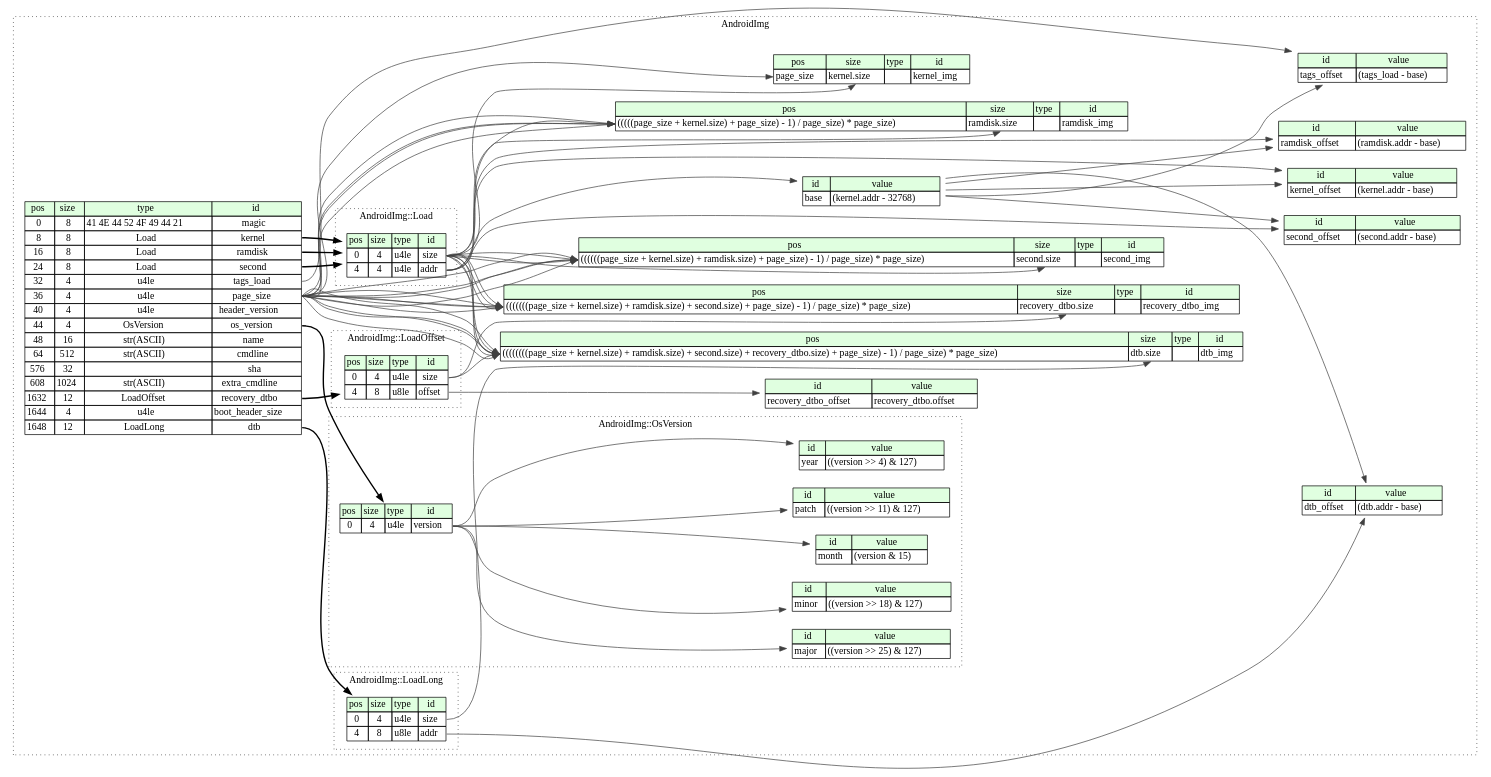
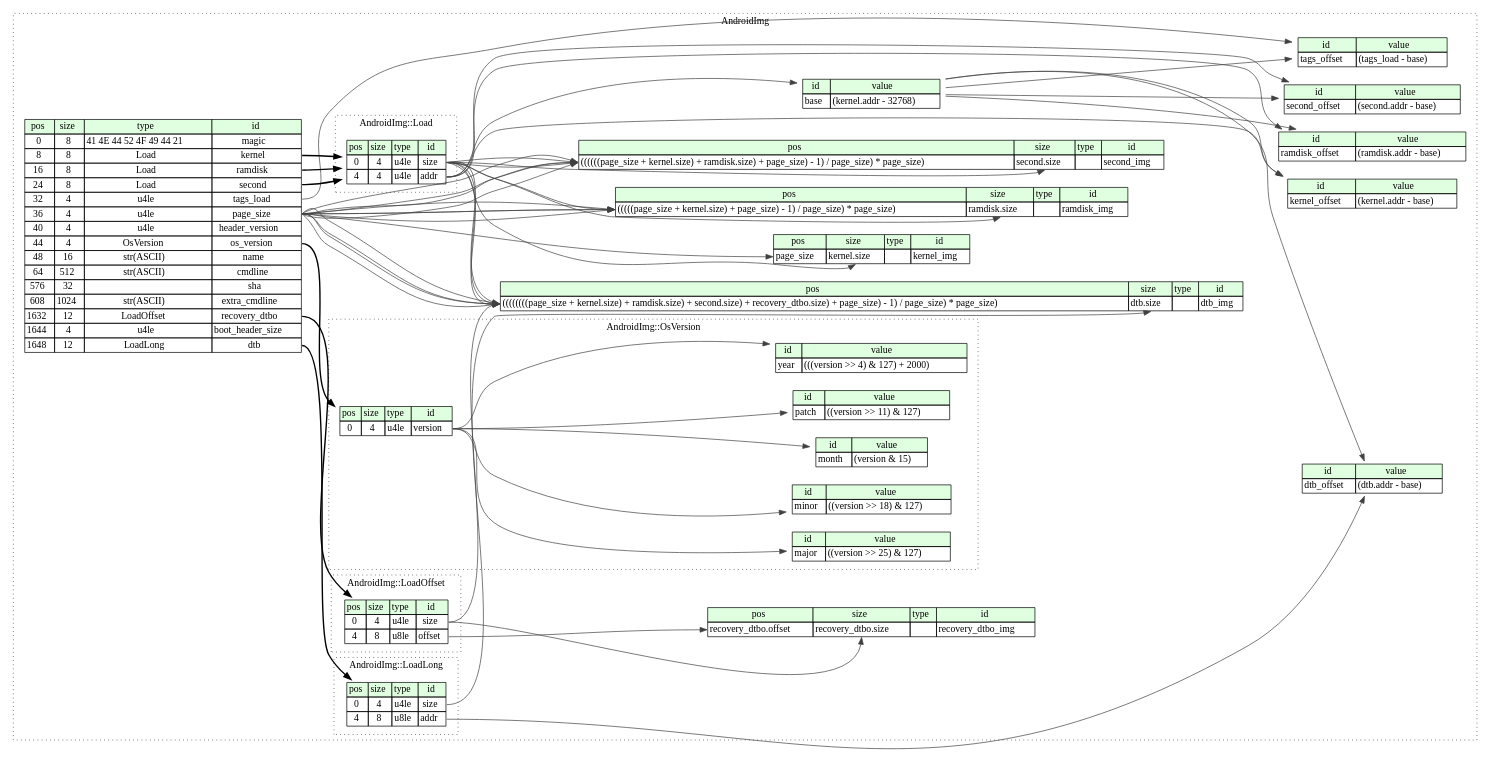
The diagram in android_img.dot (CruelKernel/bootimg), drawn with Graphviz before and after one commit. The commit also changed 2 other files, not shown here.

Commit message:
recovery_dtbo and year fix

```diff
--- a/android_img.dot
+++ b/android_img.dot
@@ -57,15 +57,11 @@
 		</TABLE>>];
 		android_img__inst__recovery_dtbo_img [label=<<TABLE BORDER="0" CELLBORDER="1" CELLSPACING="0">
 			<TR><TD BGCOLOR="#E0FFE0">pos</TD><TD BGCOLOR="#E0FFE0">size</TD><TD BGCOLOR="#E0FFE0">type</TD><TD BGCOLOR="#E0FFE0">id</TD></TR>
-			<TR><TD PORT="recovery_dtbo_img_pos">(((((((page_size + kernel.size) + ramdisk.size) + second.size) + page_size) - 1) / page_size) * page_size)</TD><TD PORT="recovery_dtbo_img_size">recovery_dtbo.size</TD><TD></TD><TD PORT="recovery_dtbo_img_type">recovery_dtbo_img</TD></TR>
+			<TR><TD PORT="recovery_dtbo_img_pos">recovery_dtbo.offset</TD><TD PORT="recovery_dtbo_img_size">recovery_dtbo.size</TD><TD></TD><TD PORT="recovery_dtbo_img_type">recovery_dtbo_img</TD></TR>
 		</TABLE>>];
 		android_img__inst__second_img [label=<<TABLE BORDER="0" CELLBORDER="1" CELLSPACING="0">
 			<TR><TD BGCOLOR="#E0FFE0">pos</TD><TD BGCOLOR="#E0FFE0">size</TD><TD BGCOLOR="#E0FFE0">type</TD><TD BGCOLOR="#E0FFE0">id</TD></TR>
 			<TR><TD PORT="second_img_pos">((((((page_size + kernel.size) + ramdisk.size) + page_size) - 1) / page_size) * page_size)</TD><TD PORT="second_img_size">second.size</TD><TD></TD><TD PORT="second_img_type">second_img</TD></TR>
-		</TABLE>>];
-		android_img__inst__recovery_dtbo_offset [label=<<TABLE BORDER="0" CELLBORDER="1" CELLSPACING="0">
-			<TR><TD BGCOLOR="#E0FFE0">id</TD><TD BGCOLOR="#E0FFE0">value</TD></TR>
-			<TR><TD>recovery_dtbo_offset</TD><TD>recovery_dtbo.offset</TD></TR>
 		</TABLE>>];
 		android_img__inst__base [label=<<TABLE BORDER="0" CELLBORDER="1" CELLSPACING="0">
 			<TR><TD BGCOLOR="#E0FFE0">id</TD><TD BGCOLOR="#E0FFE0">value</TD></TR>
@@ -119,7 +115,7 @@
 			</TABLE>>];
 			os_version__inst__year [label=<<TABLE BORDER="0" CELLBORDER="1" CELLSPACING="0">
 				<TR><TD BGCOLOR="#E0FFE0">id</TD><TD BGCOLOR="#E0FFE0">value</TD></TR>
-				<TR><TD>year</TD><TD>((version &gt;&gt; 4) &amp; 127)</TD></TR>
+				<TR><TD>year</TD><TD>(((version &gt;&gt; 4) &amp; 127) + 2000)</TD></TR>
 			</TABLE>>];
 			os_version__inst__major [label=<<TABLE BORDER="0" CELLBORDER="1" CELLSPACING="0">
 				<TR><TD BGCOLOR="#E0FFE0">id</TD><TD BGCOLOR="#E0FFE0">value</TD></TR>
@@ -164,13 +160,7 @@
 	android_img__seq:page_size_type -> android_img__inst__ramdisk_img:ramdisk_img_pos [color="#404040"];
 	android_img__seq:page_size_type -> android_img__inst__ramdisk_img:ramdisk_img_pos [color="#404040"];
 	load__seq:size_type -> android_img__inst__ramdisk_img:ramdisk_img_size [color="#404040"];
-	android_img__seq:page_size_type -> android_img__inst__recovery_dtbo_img:recovery_dtbo_img_pos [color="#404040"];
-	load__seq:size_type -> android_img__inst__recovery_dtbo_img:recovery_dtbo_img_pos [color="#404040"];
-	load__seq:size_type -> android_img__inst__recovery_dtbo_img:recovery_dtbo_img_pos [color="#404040"];
-	load__seq:size_type -> android_img__inst__recovery_dtbo_img:recovery_dtbo_img_pos [color="#404040"];
-	android_img__seq:page_size_type -> android_img__inst__recovery_dtbo_img:recovery_dtbo_img_pos [color="#404040"];
-	android_img__seq:page_size_type -> android_img__inst__recovery_dtbo_img:recovery_dtbo_img_pos [color="#404040"];
-	android_img__seq:page_size_type -> android_img__inst__recovery_dtbo_img:recovery_dtbo_img_pos [color="#404040"];
+	load_offset__seq:offset_type -> android_img__inst__recovery_dtbo_img:recovery_dtbo_img_pos [color="#404040"];
 	load_offset__seq:size_type -> android_img__inst__recovery_dtbo_img:recovery_dtbo_img_size [color="#404040"];
 	android_img__seq:page_size_type -> android_img__inst__second_img:second_img_pos [color="#404040"];
 	load__seq:size_type -> android_img__inst__second_img:second_img_pos [color="#404040"];
@@ -179,7 +169,6 @@
 	android_img__seq:page_size_type -> android_img__inst__second_img:second_img_pos [color="#404040"];
 	android_img__seq:page_size_type -> android_img__inst__second_img:second_img_pos [color="#404040"];
 	load__seq:size_type -> android_img__inst__second_img:second_img_size [color="#404040"];
-	load_offset__seq:offset_type -> android_img__inst__recovery_dtbo_offset [color="#404040"];
 	load__seq:addr_type -> android_img__inst__base [color="#404040"];
 	os_version__seq:version_type -> os_version__inst__month [color="#404040"];
 	os_version__seq:version_type -> os_version__inst__patch [color="#404040"];
```
